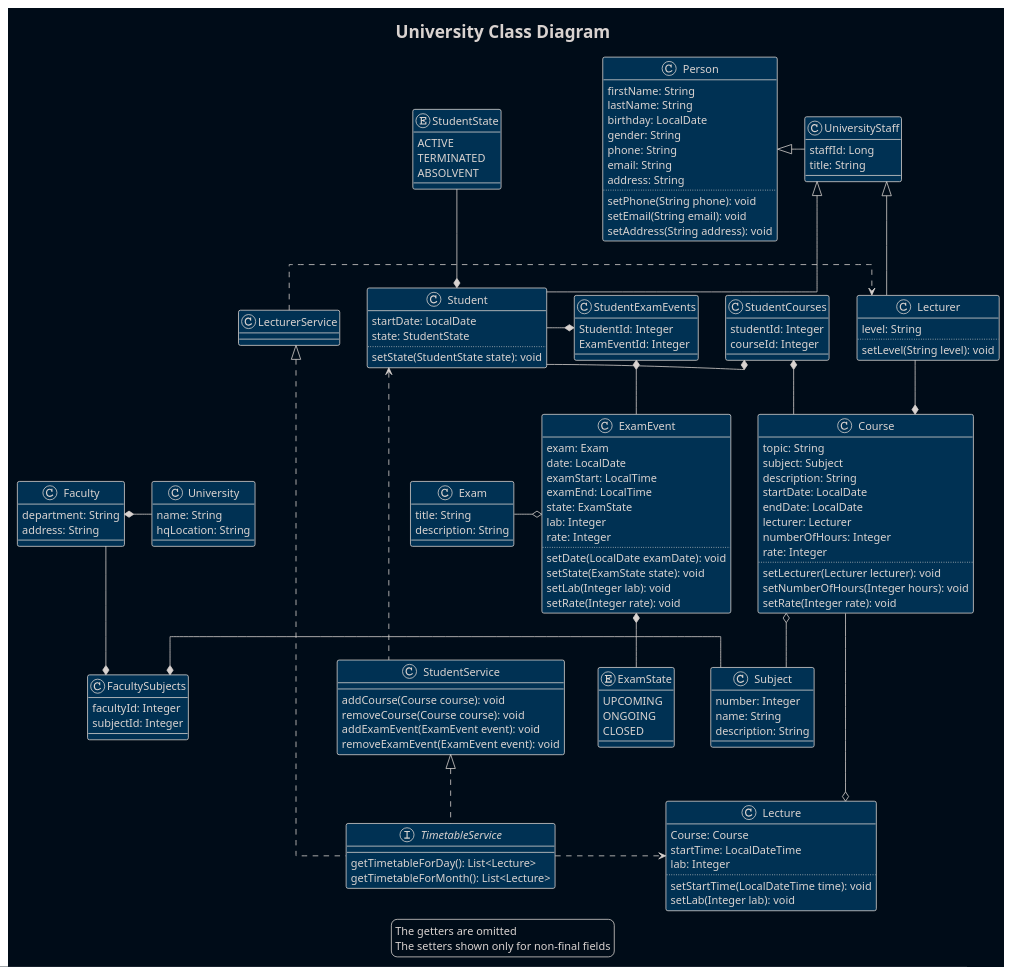
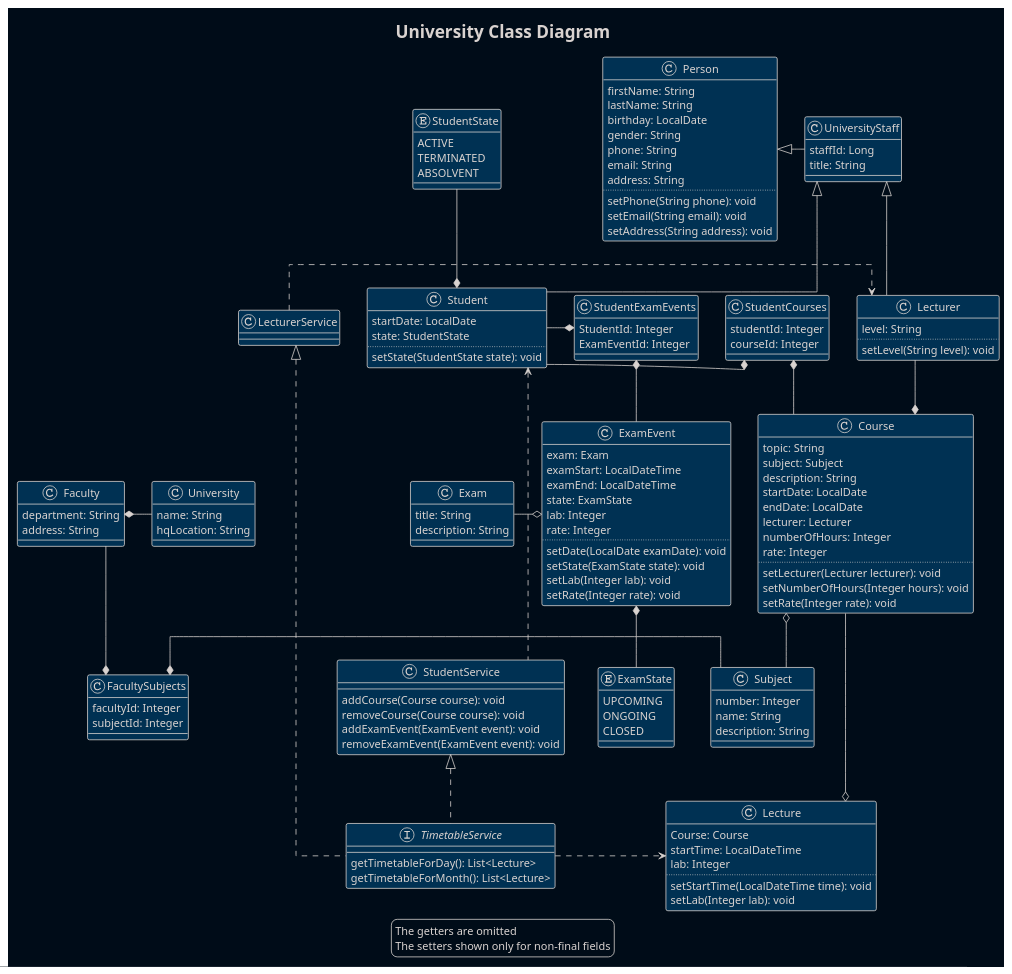
The diagram in src/main/resources/diagrams/University.puml (RomaEcho/University), drawn with PlantUML before and after one commit. The commit also changed 23 other files, not shown here.

```diff
--- a/src/main/resources/diagrams/University.puml
+++ b/src/main/resources/diagrams/University.puml
@@ -1,153 +1,152 @@
 @startuml
 '!theme plain
 !theme blueprint
 skinparam BackgroundColor #000c18
 'skinparam ClassBackgroundColor #000c18
 skinparam linetype ortho
 
 title University Class Diagram
 class Person {
     firstName: String
     lastName: String
     birthday: LocalDate
     gender: String
     phone: String
     email: String
     address: String
     ..
     setPhone(String phone): void
     setEmail(String email): void
     setAddress(String address): void
 }
 class Student {
     startDate: LocalDate
     state: StudentState
     ..
     setState(StudentState state): void
 }
 enum StudentState {
     ACTIVE
     TERMINATED
     ABSOLVENT
 }
 class UniversityStaff {
     staffId: Long
     title: String
 }
 class Subject {
     number: Integer
     name: String
     description: String
 }
 
 class Course {
     topic: String
     subject: Subject
     description: String
     startDate: LocalDate
     endDate: LocalDate
     lecturer: Lecturer
     numberOfHours: Integer
     rate: Integer
     ..
     setLecturer(Lecturer lecturer): void
     setNumberOfHours(Integer hours): void
     setRate(Integer rate): void
 }
 class Lecturer {
     level: String
     ..
     setLevel(String level): void
 }
 class Exam {
     title: String
     description: String
 }
 class ExamEvent {
     exam: Exam
-    date: LocalDate
-    examStart: LocalTime
-    examEnd: LocalTime
+    examStart: LocalDateTime
+    examEnd: LocalDateTime
     state: ExamState
     lab: Integer
     rate: Integer
     ..
     setDate(LocalDate examDate): void
     setState(ExamState state): void
     setLab(Integer lab): void
     setRate(Integer rate): void
 }
 enum ExamState {
     UPCOMING
     ONGOING
     CLOSED
 }
 class Faculty {
     department: String
     address: String
 }
 class University {
     name: String
     hqLocation: String
 }
 class Lecture {
     Course: Course
     startTime: LocalDateTime
     lab: Integer
     ..
     setStartTime(LocalDateTime time): void
     setLab(Integer lab): void
 }
 class StudentCourses {
     studentId: Integer
     courseId: Integer
 }
 class FacultySubjects {
     facultyId: Integer
     subjectId: Integer
 }
 class StudentExamEvents {
     StudentId: Integer    
     ExamEventId: Integer
 }
 interface TimetableService {
     getTimetableForDay(): List<Lecture>
     getTimetableForMonth(): List<Lecture>
 }
 class StudentService {
     addCourse(Course course): void
     removeCourse(Course course): void
     addExamEvent(ExamEvent event): void
     removeExamEvent(ExamEvent event): void
 }
 class LecturerService
 
 Person <|-right- UniversityStaff
 UniversityStaff <|-- Student
 UniversityStaff <|-- Lecturer
 Student *-up- StudentState
 StudentCourses *- Student
 StudentCourses *- Course
 Course *-up- Lecturer
 StudentExamEvents *-- ExamEvent
 StudentExamEvents *- Student
 ExamEvent o-left- Exam
 ExamEvent *-down- ExamState
 Course o-- Subject
 Faculty --* FacultySubjects
 Subject -left-* FacultySubjects
 University -left* Faculty
 Student <... StudentService
 StudentService <|.. TimetableService
 LecturerService <|.. TimetableService
 LecturerService .> Lecturer
 TimetableService .right.> Lecture
 Course --o Lecture
 
 
 legend
     The getters are omitted
     The setters shown only for non-final fields
 endlegend
 
 @enduml
```
